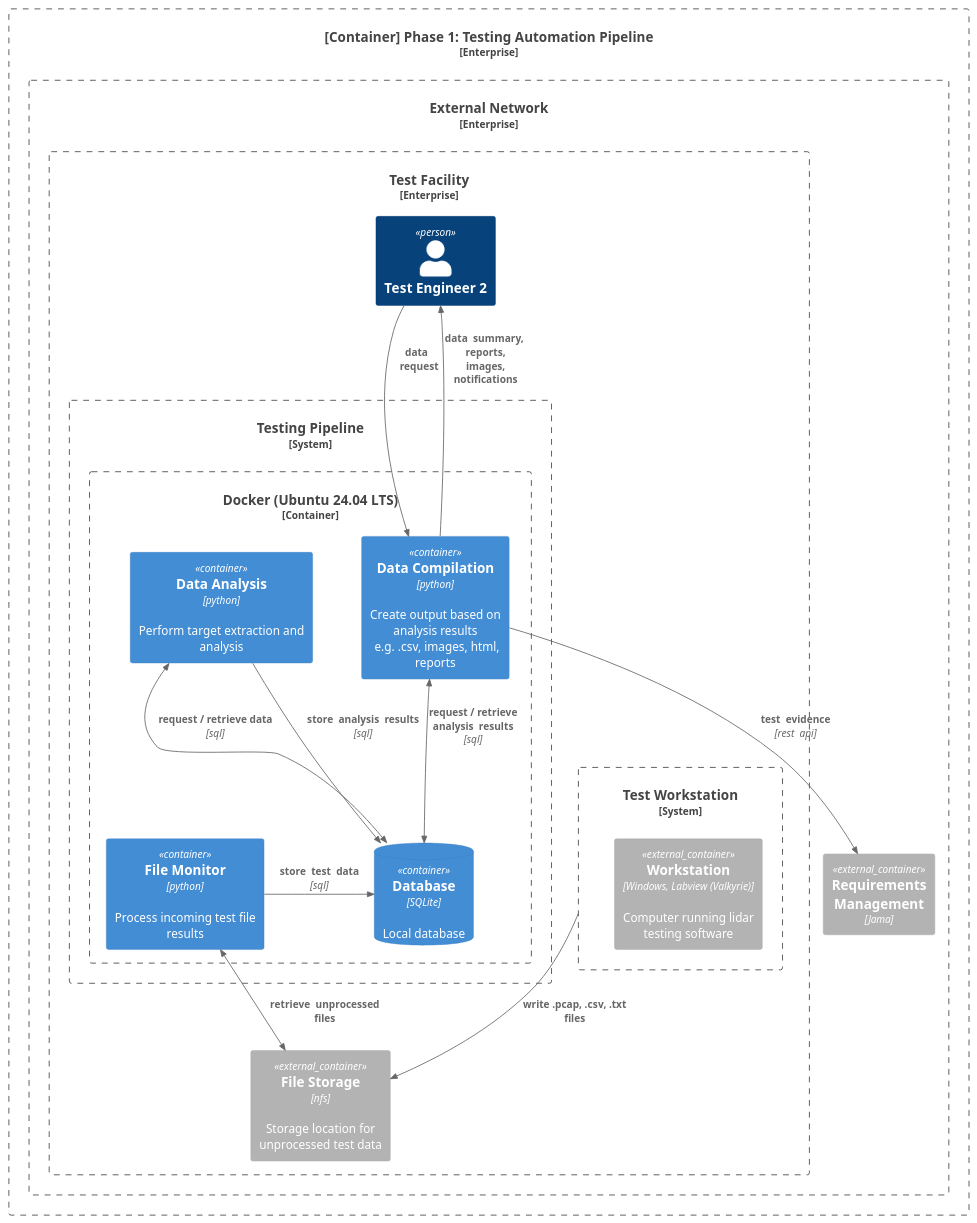
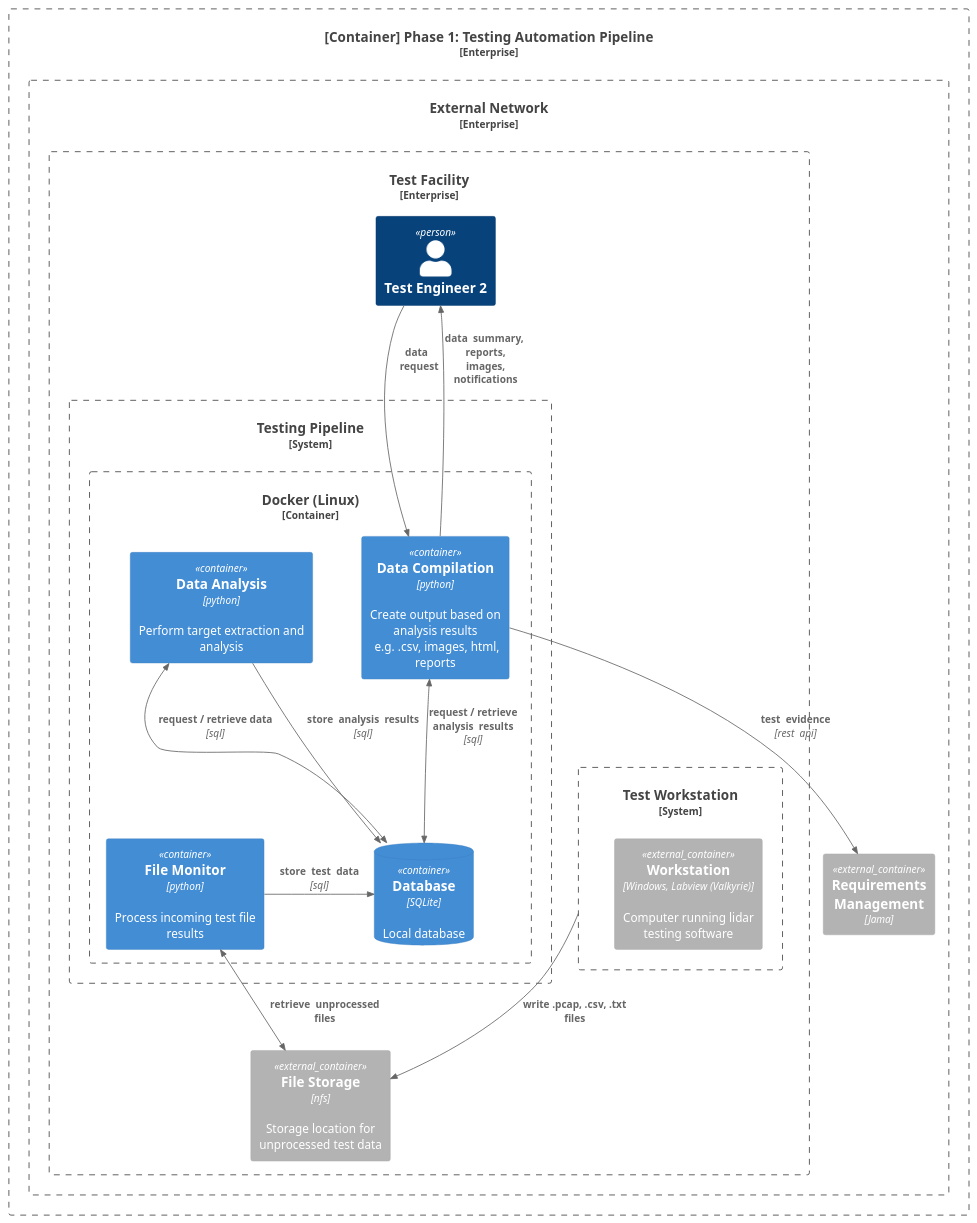
One commit to matthew-beisser/testing-automation-pipeline-3 changed the diagram in docs/architecture/views/container_diagram_phase_1_data_processing.plantuml. Above: the diagram before and after it, drawn with PlantUML. The commit also changed 2 other files, not shown here.

```diff
--- a/docs/architecture/views/container_diagram_phase_1_data_processing.plantuml
+++ b/docs/architecture/views/container_diagram_phase_1_data_processing.plantuml
@@ -1,43 +1,43 @@
 @startuml container_diagram_phase_1_data_processing
 !include https://raw.githubusercontent.com/plantuml-stdlib/C4-PlantUML/master/C4_Context.puml
 !include https://raw.githubusercontent.com/plantuml-stdlib/C4-PlantUML/master/C4_Container.puml
 
 ' Elements
 Enterprise_Boundary(System, "[Container] Phase 1: Testing Automation Pipeline") {
     Enterprise_Boundary(CloudSystem, "External Network") {    
         Container_Ext(Jama, "Requirements Management", "Jama")   
         
         Enterprise_Boundary(FacilitySystem, "Test Facility") {
             System_Boundary(TestWorkStation, "Test Workstation") {
                 Container_Ext(Workstation, "Workstation", "Windows, Labview (Valkyrie)", "Computer running lidar testing software")
             }
             Person(Tester2, "Test Engineer 2")
 
             Container_Ext(FileStorage, "File Storage", "nfs", "Storage location for unprocessed test data")
 
             System_Boundary(Pipeline, "Testing Pipeline") {
-                Container_Boundary(Docker, "Docker (Ubuntu 24.04 LTS)")  {
+                Container_Boundary(Docker, "Docker (Linux)")  {
                     Container(FileMonitor, "File Monitor", "python", "Process incoming test file results")
                     ContainerDb(Database, "Database", "SQLite", "Local database")
                     Container(DataAnalysis, "Data Analysis", "python", "Perform target extraction and analysis")
                     Container(DataCompilation, "Data Compilation", "python", "Create output based on analysis results\n e.g. .csv, images, html, reports")
                 }
             }
         }
     }
 }
 
 
 ' Relationships
 Rel(TestWorkStation, FileStorage, "write .pcap, .csv, .txt files")
 BiRel(FileMonitor, FileStorage, "retrieve  unprocessed  files")
 Rel(DataAnalysis, Database, "store  analysis  results", "sql")
 BiRel(DataAnalysis, Database, "request / retrieve data", "sql")
 BiRel(DataCompilation, Database, "request / retrieve  analysis  results", "sql")
 Rel_Neighbor(FileMonitor, Database, "store  test  data", "sql")
 
 Rel(Tester2, DataCompilation, "data\n  request")
 Rel(DataCompilation, Tester2, "data  summary,\n reports,\n images,\n notifications")
 Rel(DataCompilation, Jama, "test  evidence", "rest  api")
 
 @enduml
```
